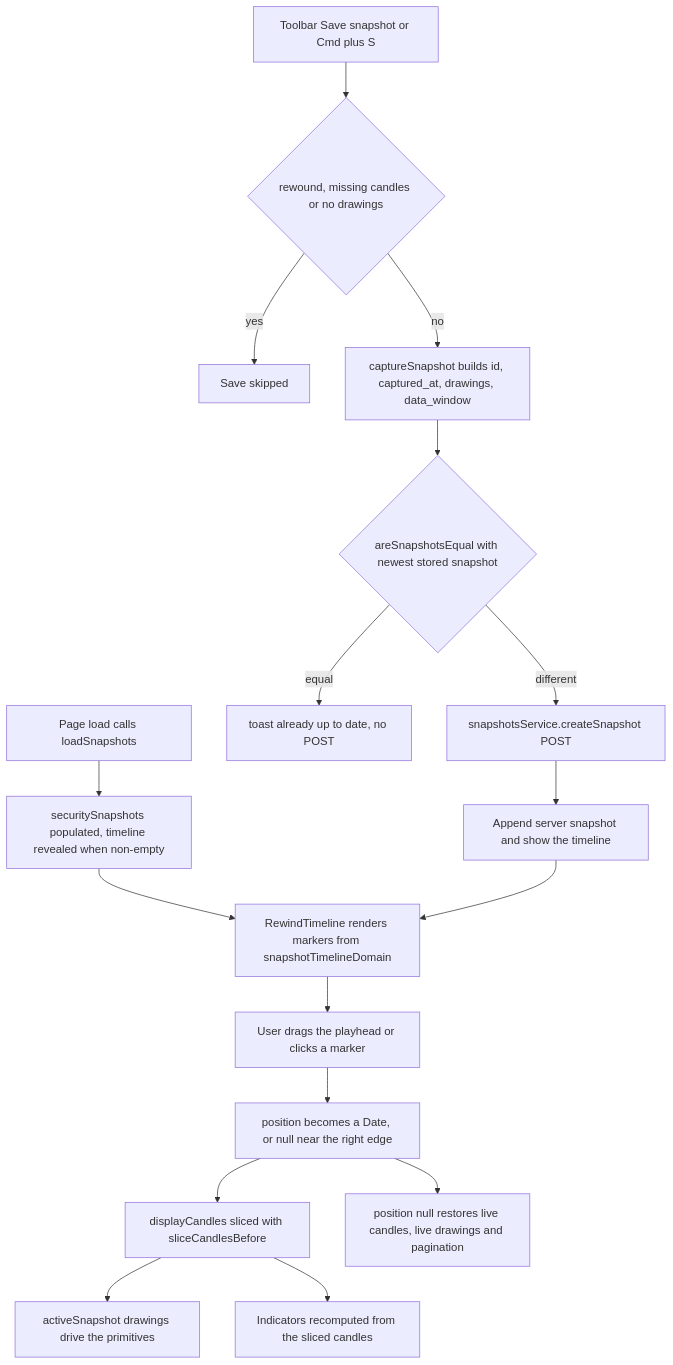
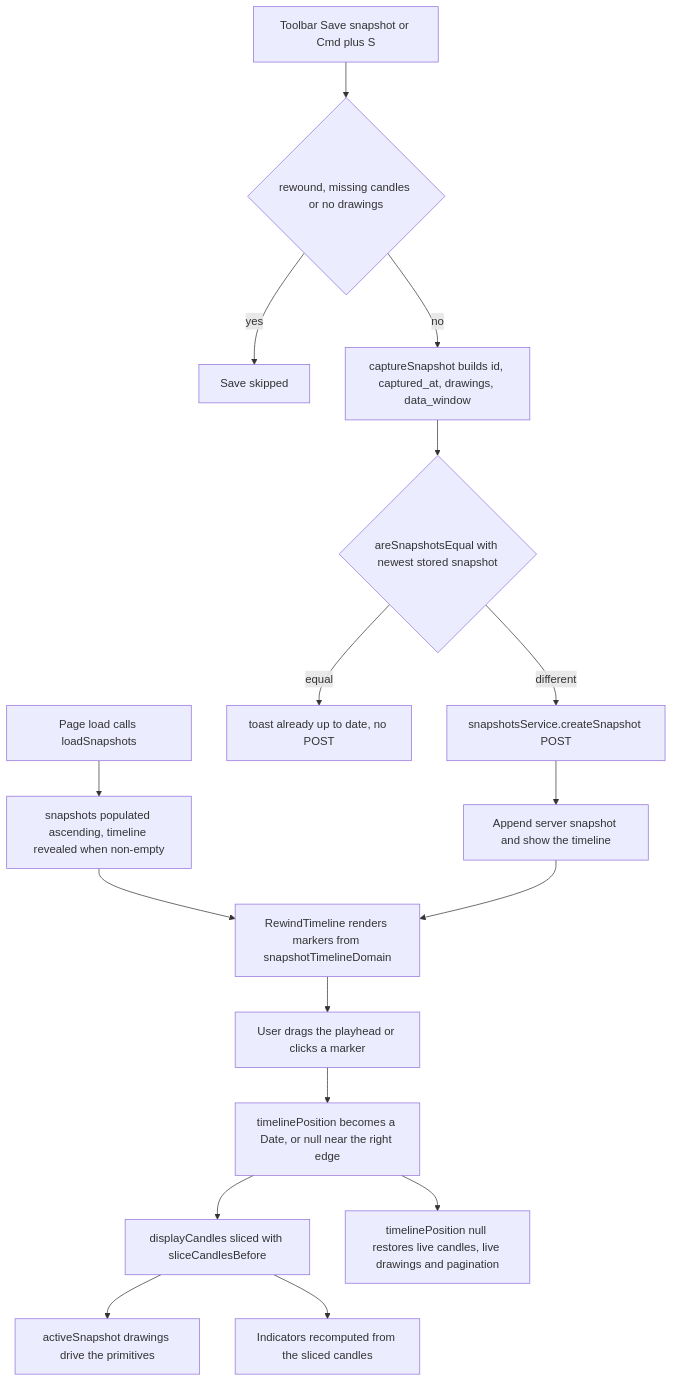
One commit to havekes/retail-portfolio changed the fourth of 4 diagrams in openwiki/architecture/charting.md. Above: the diagram before and after it, drawn with Mermaid. The commit also changed other lines of this file and 32 other files, not shown here.

````diff
--- a/openwiki/architecture/charting.md
+++ b/openwiki/architecture/charting.md
@@ -524,19 +625,19 @@
 ```mermaid
 flowchart TD
-    LOAD["Page load calls loadSnapshots"] --> STORE["securitySnapshots populated, timeline revealed when non-empty"]
+    LOAD["Page load calls loadSnapshots"] --> STORE["snapshots populated ascending, timeline revealed when non-empty"]
     SAVE["Toolbar Save snapshot or Cmd plus S"] --> GUARD{"rewound, missing candles or no drawings"}
     GUARD -- "yes" --> SKIP["Save skipped"]
     GUARD -- "no" --> CAP["captureSnapshot builds id, captured_at, drawings, data_window"]
     CAP --> DEDUPE{"areSnapshotsEqual with newest stored snapshot"}
     DEDUPE -- "equal" --> INFO["toast already up to date, no POST"]
     DEDUPE -- "different" --> POST["snapshotsService.createSnapshot POST"]
     POST --> APPEND["Append server snapshot and show the timeline"]
     STORE --> TIMELINE["RewindTimeline renders markers from snapshotTimelineDomain"]
     APPEND --> TIMELINE
     TIMELINE --> SCRUB["User drags the playhead or clicks a marker"]
-    SCRUB --> POSITION["position becomes a Date, or null near the right edge"]
+    SCRUB --> POSITION["timelinePosition becomes a Date, or null near the right edge"]
     POSITION --> SLICE["displayCandles sliced with sliceCandlesBefore"]
     SLICE --> DRAWINGS["activeSnapshot drawings drive the primitives"]
     SLICE --> INDICATORS["Indicators recomputed from the sliced candles"]
-    POSITION --> RESET["position null restores live candles, live drawings and pagination"]
+    POSITION --> RESET["timelinePosition null restores live candles, live drawings and pagination"]
 ```
````
